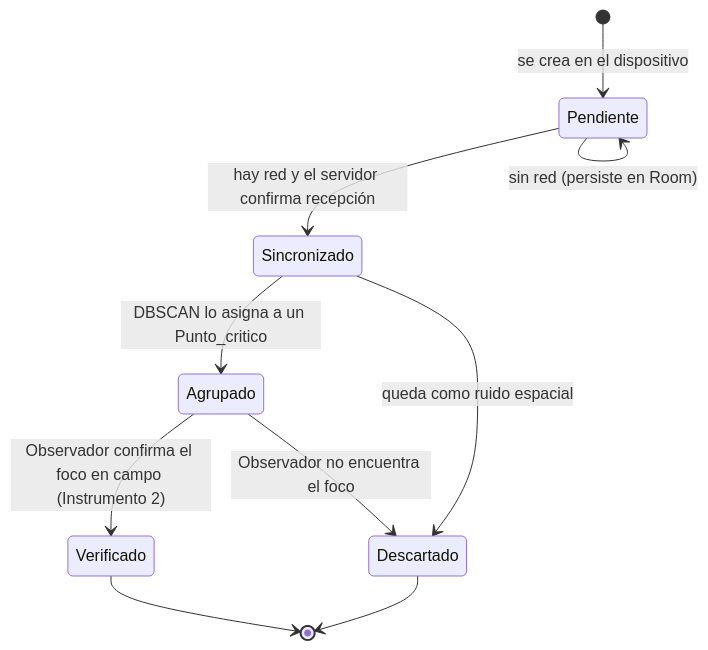
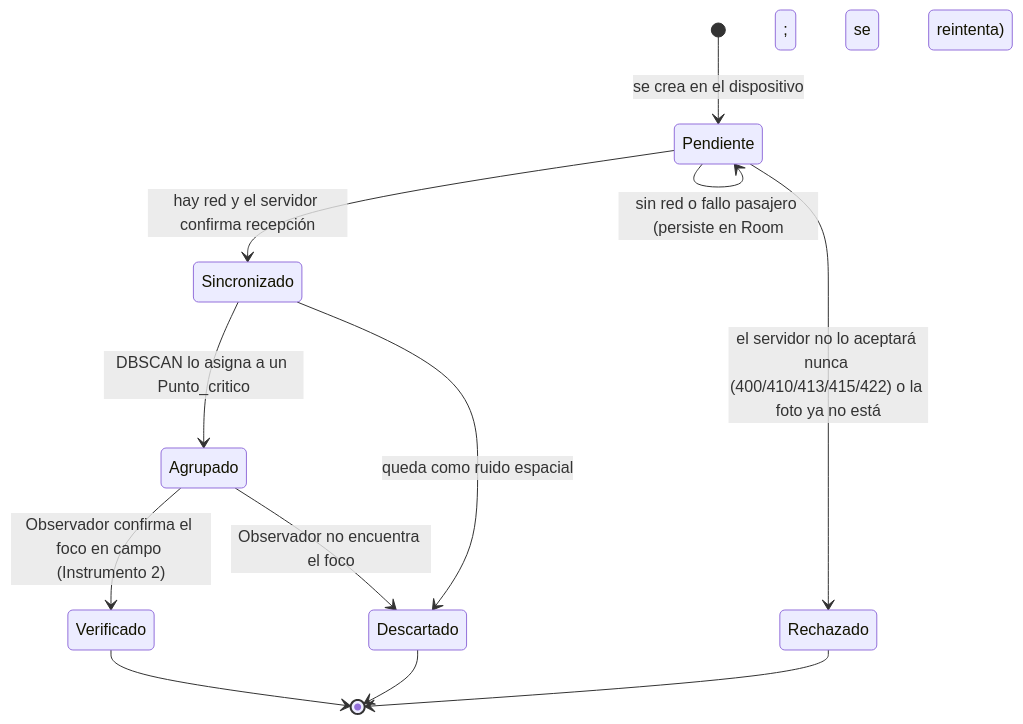
Before and after one commit to Romelary/wanchac_app: the fifth of 6 diagrams in docs/diseno.md, drawn with Mermaid. The commit also changed other lines of this file and 40 other files, not shown here.

````diff
--- a/docs/diseno.md
+++ b/docs/diseno.md
@@ -346,12 +370,14 @@
 ```mermaid
 stateDiagram-v2
     [*] --> Pendiente: se crea en el dispositivo
     Pendiente --> Sincronizado: hay red y el servidor confirma recepción
-    Pendiente --> Pendiente: sin red (persiste en Room)
+    Pendiente --> Pendiente: sin red o fallo pasajero (persiste en Room; se reintenta)
+    Pendiente --> Rechazado: el servidor no lo aceptará nunca (400/410/413/415/422) o la foto ya no está
     Sincronizado --> Agrupado: DBSCAN lo asigna a un Punto_critico
     Sincronizado --> Descartado: queda como ruido espacial
     Agrupado --> Verificado: Observador confirma el foco en campo (Instrumento 2)
     Agrupado --> Descartado: Observador no encuentra el foco
     Verificado --> [*]
     Descartado --> [*]
+    Rechazado --> [*]
 ```
````
